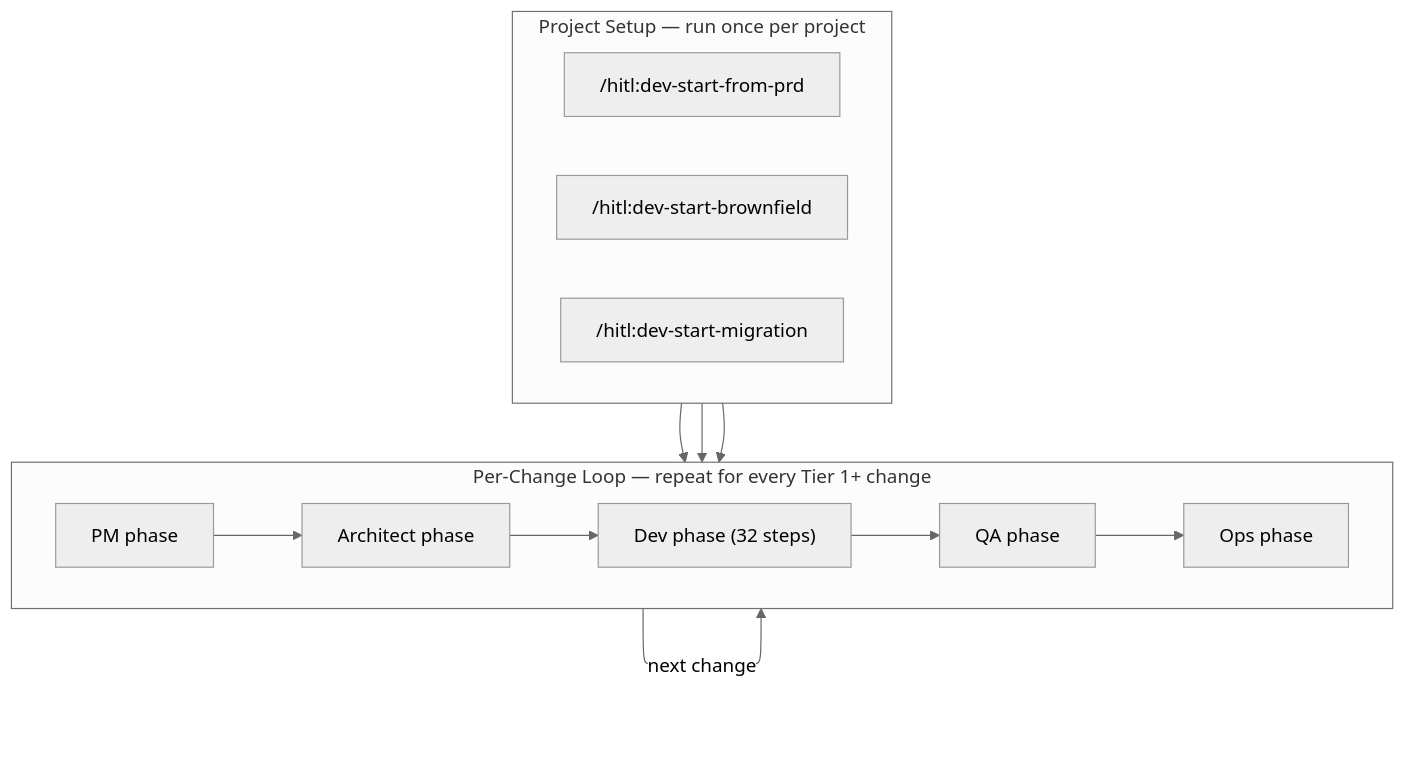
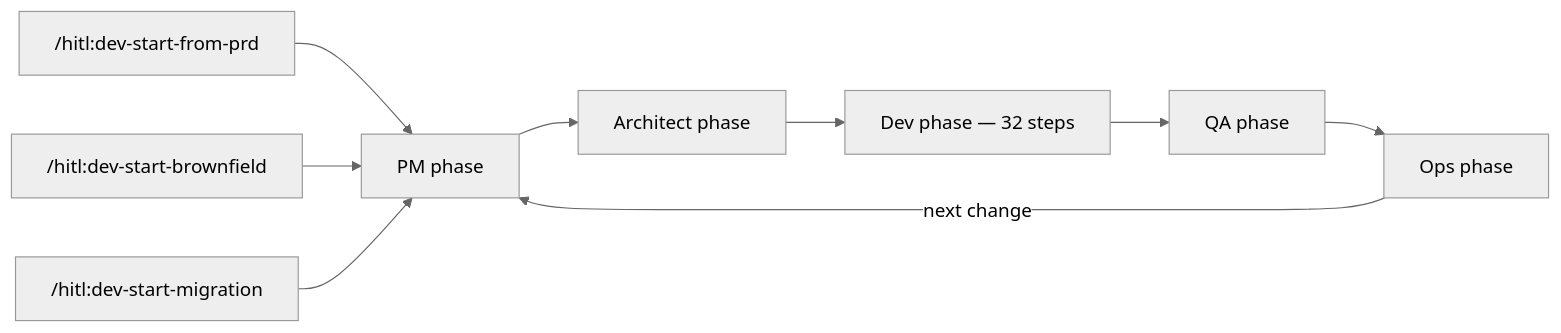
Before and after one commit to Prasad-Apparaju/hitl-dev-platform: the first of 4 diagrams in docs/command-map.md, drawn with Mermaid (neutral theme). The commit also changed other lines of this file, not shown here.

Commit message:
fix(docs): rewrite command-map Mermaid diagrams for cross-renderer compatibility
Removed subgraph-name edge targets, self-loop on subgraph, & multi-source
syntax, and direction inside subgraphs — all unsupported by older Mermaid
renderers. Diagrams now use only widely-supported graph TB/LR syntax.

````diff
--- a/docs/command-map.md
+++ b/docs/command-map.md
@@ -11,25 +11,18 @@
 ```mermaid
-graph TB
-  subgraph SETUP["Project Setup — run once per project"]
-    direction LR
-    prd["/hitl:dev-start-from-prd"]
-    brown["/hitl:dev-start-brownfield"]
-    mig["/hitl:dev-start-migration"]
-  end
+graph LR
+  prd["/hitl:dev-start-from-prd"]
+  brown["/hitl:dev-start-brownfield"]
+  mig["/hitl:dev-start-migration"]
 
-  subgraph CHANGE["Per-Change Loop — repeat for every Tier 1+ change"]
-    direction LR
-    PM["PM phase"]
-    ARCH["Architect phase"]
-    DEV["Dev phase (32 steps)"]
-    QA["QA phase"]
-    OPS["Ops phase"]
-    PM --> ARCH --> DEV --> QA --> OPS
-  end
+  pm["PM phase"]
+  arch["Architect phase"]
+  dev["Dev phase — 32 steps"]
+  qa["QA phase"]
+  ops["Ops phase"]
 
-  prd --> CHANGE
-  brown --> CHANGE
-  mig --> CHANGE
-
-  CHANGE -->|"next change"| CHANGE
+  prd --> pm
+  brown --> pm
+  mig --> pm
+  pm --> arch --> dev --> qa --> ops
+  ops -->|"next change"| pm
 ```
````
